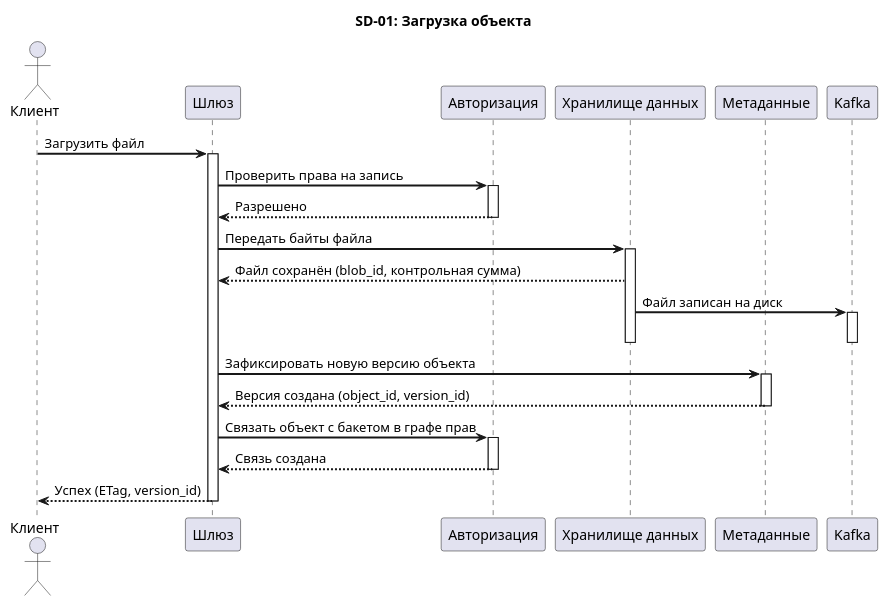
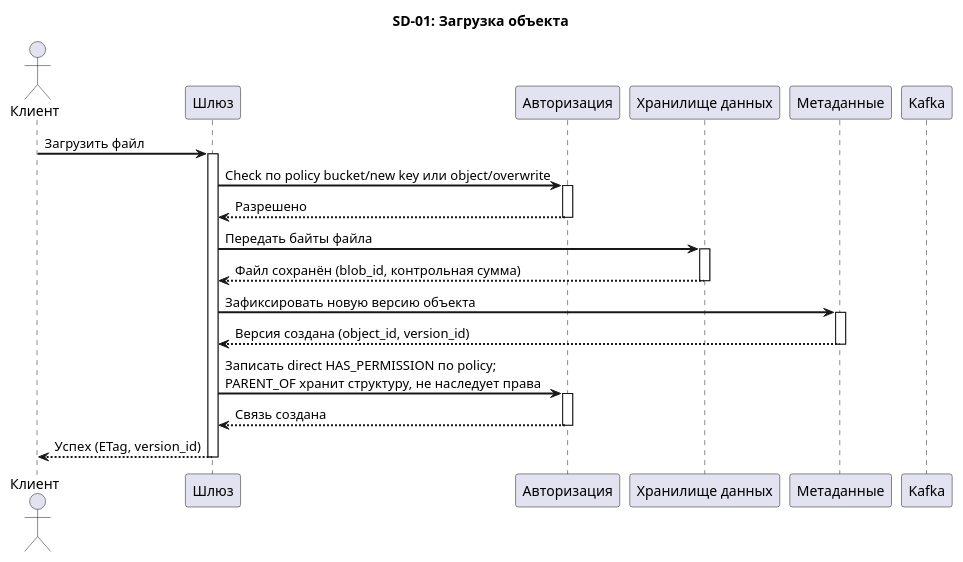
Before and after one commit to alesplll/opens3-rebac: the first of 16 diagrams in docs/sequence_diagrams.md, drawn with PlantUML. The commit also changed other lines of this file and 21 other files, not shown here.

````diff
--- a/docs/sequence_diagrams.md
+++ b/docs/sequence_diagrams.md
@@ -14,46 +18,43 @@
 ```plantuml
 @startuml SD-01-PutObject
 title SD-01: Загрузка объекта
 
 skinparam sequenceArrowThickness 2
 skinparam sequenceGroupBackgroundColor #F0F4FF
 skinparam lifeline.borderColor #555
 
 actor       "Клиент"   as Client
 participant "Шлюз"     as GW
 participant "Авторизация" as AZ
 participant "Хранилище данных" as DN
 participant "Метаданные" as MD
 participant "Kafka"    as KF
 
 Client -> GW : Загрузить файл
 activate GW
 
-GW -> AZ : Проверить права на запись
+GW -> AZ : Check по policy bucket/new key или object/overwrite
 activate AZ
 AZ --> GW : Разрешено
 deactivate AZ
 
 GW -> DN : Передать байты файла
 activate DN
 DN --> GW : Файл сохранён (blob_id, контрольная сумма)
-DN -> KF : Файл записан на диск
-activate KF
-deactivate KF
 deactivate DN
 
 GW -> MD : Зафиксировать новую версию объекта
 activate MD
 MD --> GW : Версия создана (object_id, version_id)
 deactivate MD
 
-GW -> AZ : Связать объект с бакетом в графе прав
+GW -> AZ : Записать direct HAS_PERMISSION по policy;\nPARENT_OF хранит структуру, не наследует права
 activate AZ
 AZ --> GW : Связь создана
 deactivate AZ
 
 GW --> Client : Успех (ETag, version_id)
 deactivate GW
 
 @enduml
 ```
````
